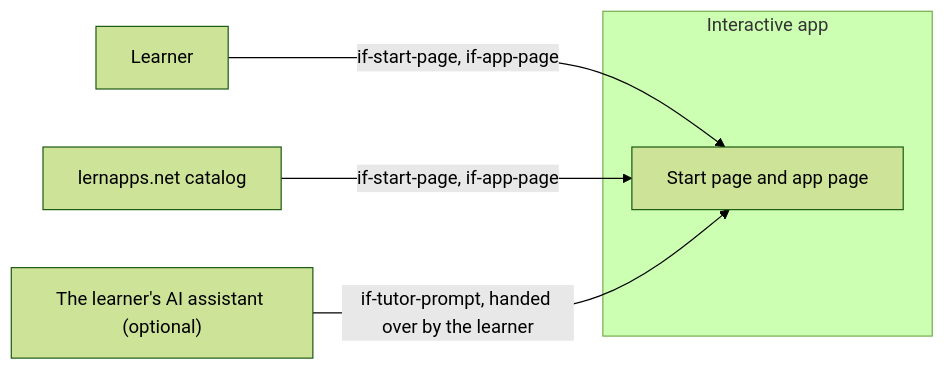
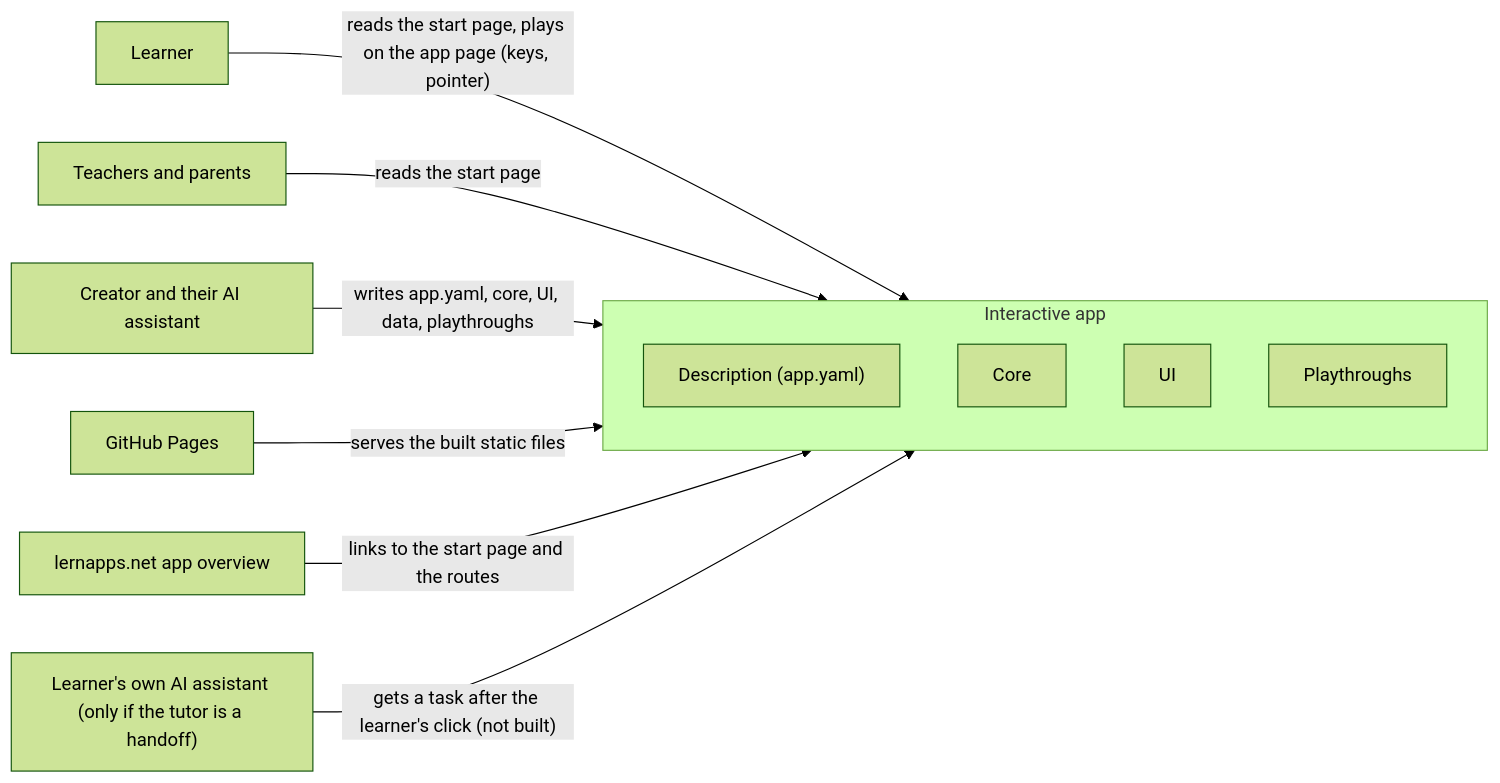
One commit to lernapps/app-templates changed the diagram in interactive/docs/arc42/03-system-context.arc42.md. Above: the diagram before and after it, drawn with Mermaid (forest theme). The commit also changed other lines of this file and 12 other files, not shown here.

First line of the commit message:
docs(interactive): the architecture rebuilt with the arc42 guide, before review

````diff
--- a/interactive/docs/arc42/03-system-context.arc42.md
+++ b/interactive/docs/arc42/03-system-context.arc42.md
@@ -14,12 +22,21 @@
 ```mermaid
 flowchart LR
     actor-learner["Learner"]
-    actor-catalog["lernapps.net catalog"]
-    actor-assistant["The learner's AI assistant (optional)"]
+    actor-teacher-parent["Teachers and parents"]
+    actor-creator-assistant["Creator and their AI assistant"]
+    actor-github-pages["GitHub Pages"]
+    actor-app-overview["lernapps.net app overview"]
+    actor-learner-assistant["Learner's own AI assistant (only if the tutor is a handoff)"]
     subgraph system["Interactive app"]
-        app["Start page and app page"]
+        bb-description["Description (app.yaml)"]
+        bb-core["Core"]
+        bb-ui["UI"]
+        bb-playthroughs["Playthroughs"]
     end
-    actor-learner -->|"if-start-page, if-app-page"| app
-    actor-catalog -->|"if-start-page, if-app-page"| app
-    actor-assistant -->|"if-tutor-prompt, handed over by the learner"| app
+    actor-learner -->|"reads the start page, plays on the app page (keys, pointer)"| system
+    actor-teacher-parent -->|"reads the start page"| system
+    actor-creator-assistant -->|"writes app.yaml, core, UI, data, playthroughs"| system
+    actor-github-pages -->|"serves the built static files"| system
+    actor-app-overview -->|"links to the start page and the routes"| system
+    actor-learner-assistant -->|"gets a task after the learner's click (not built)"| system
 ```
````
